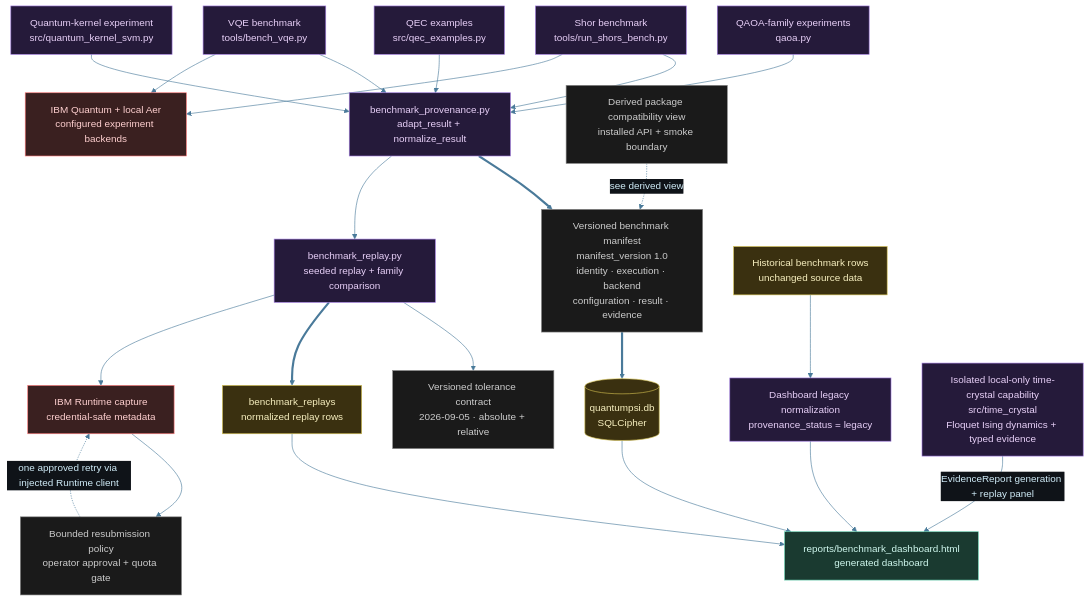
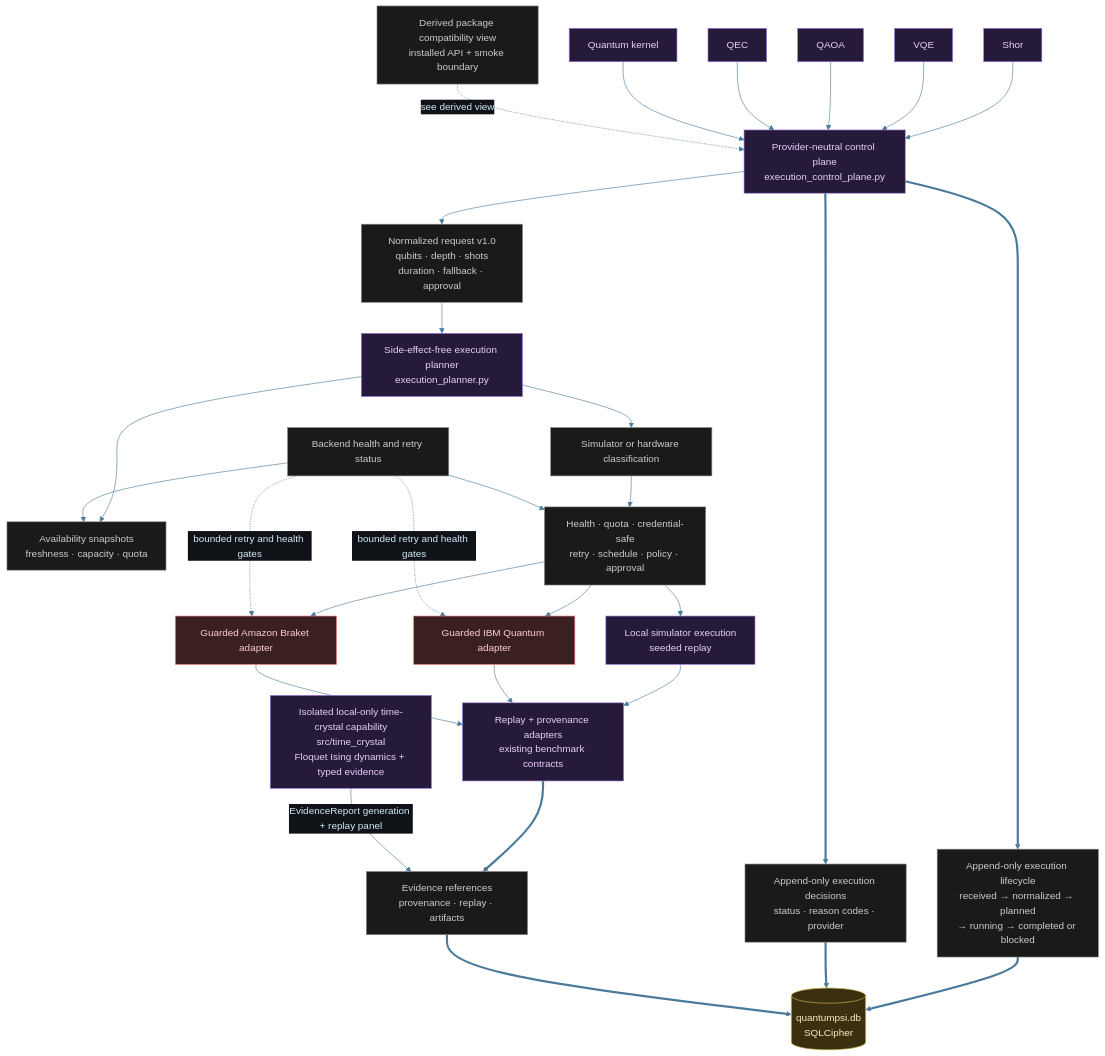
Before and after one commit to tylerdrakemusic/Quantum: the diagram in diagrams/quantum-architecture.mmd, drawn with Mermaid. The commit also changed 5 other files, not shown here.

Commit message:
docs: update quantum execution control-plane diagrams

```diff
--- a/diagrams/quantum-architecture.mmd
+++ b/diagrams/quantum-architecture.mmd
@@ -1,55 +1,64 @@
 %%{init: {'theme': 'base', 'themeVariables': {'primaryColor': '#1a2e3a', 'primaryTextColor': '#d0ecf8', 'edgeLabelBackground': '#0f1318', 'lineColor': '#4a7a9a'}}}%%
 %% is_derived_view=false
 %% Traceability.derived_views: diagrams/quantum-derived-cache-integrity.mmd, diagrams/quantum-randomness-service.mmd, diagrams/quantum-package-compatibility.mmd
 graph TB
-    Shor[Shor benchmark<br/>tools/run_shors_bench.py]:::quantum
-    VQE[VQE benchmark<br/>tools/bench_vqe.py]:::quantum
-    QAOA[QAOA-family experiments<br/>qaoa.py]:::quantum
-    QEC[QEC examples<br/>src/qec_examples.py]:::quantum
-    Kernel[Quantum-kernel experiment<br/>src/quantum_kernel_svm.py]:::quantum
-    Contract[benchmark_provenance.py<br/>adapt_result + normalize_result]:::quantum
-    Replay[benchmark_replay.py<br/>seeded replay + family comparison]:::quantum
-    Tolerance[Versioned tolerance contract<br/>2026-09-05 · absolute + relative]:::state
-    RuntimeCapture[IBM Runtime capture<br/>credential-safe metadata]:::ext
-    RuntimePolicy[Bounded resubmission policy<br/>operator approval + quota gate]:::state
-    Manifest[Versioned benchmark manifest<br/>manifest_version 1.0<br/>identity · execution · backend<br/>configuration · result · evidence]:::state
+    Shor[Shor]:::quantum
+    VQE[VQE]:::quantum
+    QAOA[QAOA]:::quantum
+    QEC[QEC]:::quantum
+    Kernel[Quantum kernel]:::quantum
+    ControlPlane[Provider-neutral control plane<br/>execution_control_plane.py]:::quantum
+    Normalized[Normalized request v1.0<br/>qubits · depth · shots<br/>duration · fallback · approval]:::state
+    Planner[Side-effect-free execution planner<br/>execution_planner.py]:::quantum
+    Snapshots[Availability snapshots<br/>freshness · capacity · quota]:::state
+    Classifier[Simulator or hardware classification]:::state
+    Gates[Health · quota · credential-safe<br/>retry · schedule · policy · approval]:::state
+    Simulator[Local simulator execution<br/>seeded replay]:::quantum
+    IBM[Guarded IBM Quantum adapter]:::ext
+    Braket[Guarded Amazon Braket adapter]:::ext
+    Replay[Replay + provenance adapters<br/>existing benchmark contracts]:::quantum
+    Evidence[Evidence references<br/>provenance · replay · artifacts]:::state
     QuantumDB[(quantumpsi.db<br/>SQLCipher)]:::db
-    ReplayRows[benchmark_replays<br/>normalized replay rows]:::db
-    Legacy[Historical benchmark rows<br/>unchanged source data]:::db
-    Normalize[Dashboard legacy normalization<br/>provenance_status = legacy]:::quantum
-    Dashboard[reports/benchmark_dashboard.html<br/>generated dashboard]:::store
-    Backends[IBM Quantum + local Aer<br/>configured experiment backends]:::ext
+    Lifecycle[Append-only execution lifecycle<br/>received → normalized → planned<br/>→ running → completed or blocked]:::state
+    Decisions[Append-only execution decisions<br/>status · reason codes · provider]:::state
+    Health[Backend health and retry status]:::state
     PackageCompat[Derived package compatibility view<br/>installed API + smoke boundary]:::state
     TimeCrystal[Isolated local-only time-crystal capability<br/>src/time_crystal<br/>Floquet Ising dynamics + typed evidence]:::quantum
-    Shor --> Contract
-    VQE --> Contract
-    QAOA --> Contract
-    QEC --> Contract
-    Kernel --> Contract
-    Contract ==> Manifest
-    Contract --> Replay
-    Replay --> Tolerance
-    Replay ==> ReplayRows
-    Replay --> RuntimeCapture
-    RuntimeCapture --> RuntimePolicy
-    RuntimePolicy -.->|"one approved retry via injected Runtime client"| RuntimeCapture
-    Shor --> Backends
-    VQE --> Backends
-    Manifest ==> QuantumDB
-    ReplayRows --> Dashboard
-    Legacy --> Normalize
-    Normalize --> Dashboard
-    QuantumDB --> Dashboard
-    TimeCrystal -->|"EvidenceReport generation + replay panel"| Dashboard
-    PackageCompat -.->|"see derived view"| Manifest
+    Shor --> ControlPlane
+    VQE --> ControlPlane
+    QAOA --> ControlPlane
+    QEC --> ControlPlane
+    Kernel --> ControlPlane
+    ControlPlane --> Normalized --> Planner
+    Planner --> Snapshots
+    Planner --> Classifier
+    Classifier --> Gates
+    Gates --> Simulator
+    Gates --> IBM
+    Gates --> Braket
+    Simulator --> Replay
+    IBM --> Replay
+    Braket --> Replay
+    Replay ==> Evidence
+    ControlPlane ==> Lifecycle
+    ControlPlane ==> Decisions
+    Lifecycle ==> QuantumDB
+    Decisions ==> QuantumDB
+    Evidence ==> QuantumDB
+    Health --> Snapshots
+    Health --> Gates
+    Health -.->|bounded retry and health gates| IBM
+    Health -.->|bounded retry and health gates| Braket
+    TimeCrystal -->|"EvidenceReport generation + replay panel"| Evidence
+    PackageCompat -.->|"see derived view"| ControlPlane
 
 classDef life     fill:#1a2e3a,stroke:#6ab4d4,color:#d0ecf8
 classDef music    fill:#3a1a24,stroke:#d47a8f,color:#f8d0dc
 classDef quantum  fill:#251a3a,stroke:#a07adf,color:#e8d0f8
 classDef manifest fill:#3a2e1a,stroke:#d4a96a,color:#f8ead0
 classDef ws       fill:#1a3a30,stroke:#6ad4b4,color:#d0f8ee
 classDef tyler    fill:#2a1a3a,stroke:#9e4aff,color:#fff
 classDef ext      fill:#3a2020,stroke:#ff7a7a,color:#ffd0d0
 classDef db       fill:#3a3010,stroke:#d4c050,color:#f8f0c0
 classDef state    fill:#1a1a1a,stroke:#888888,color:#cccccc
 classDef store    fill:#1a3a30,stroke:#6ad4b4,color:#d0f8ee
```
